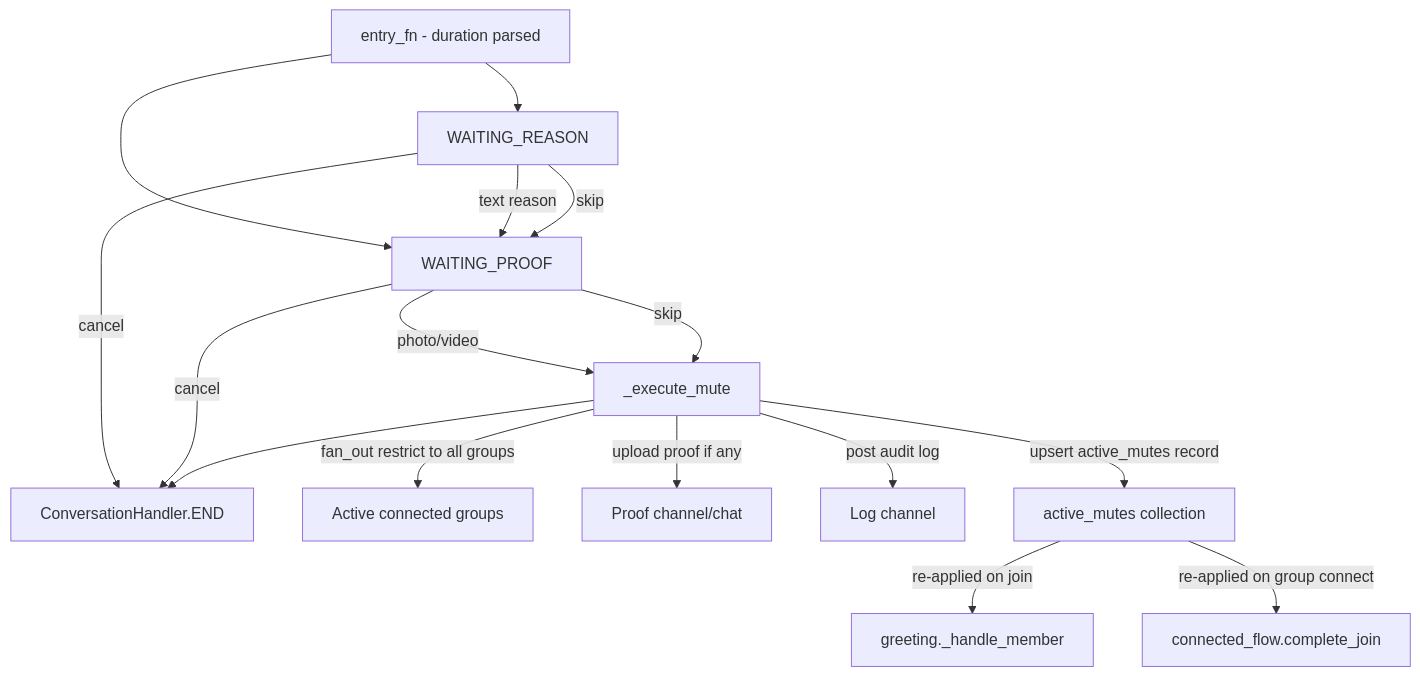
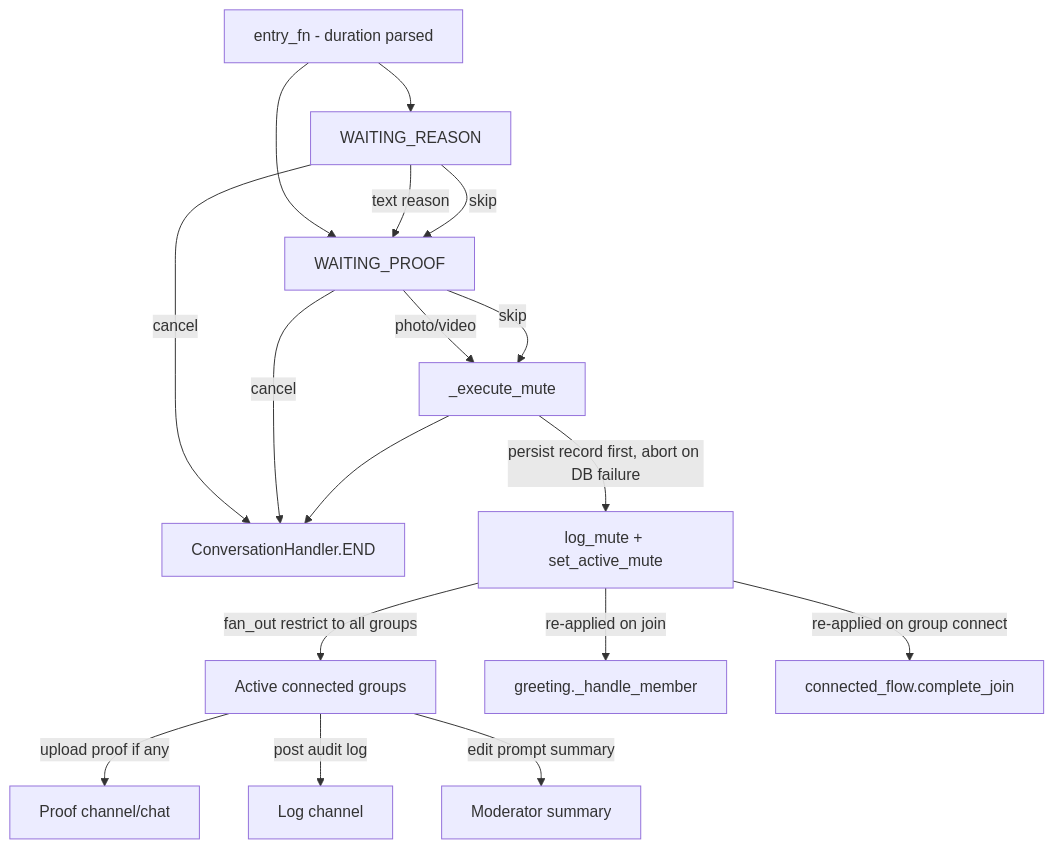
The third of 4 diagrams in docs/architecture/workflows.md (D1ZZY4/tgbot_tcf), drawn with Mermaid before and after one commit. The commit also changed other lines of this file and 6 other files, not shown here.

````diff
--- a/docs/architecture/workflows.md
+++ b/docs/architecture/workflows.md
@@ -143,18 +143,19 @@
 ```mermaid
 flowchart TD
     Entry[entry_fn - duration parsed] --> Reason[WAITING_REASON]
     Entry --> Proof[WAITING_PROOF]
     Reason -->|text reason| Proof
     Reason -->|skip| Proof
     Reason -->|cancel| End[ConversationHandler.END]
     Proof -->|photo/video| Exec[_execute_mute]
     Proof -->|skip| Exec
     Proof -->|cancel| End
-    Exec -->|fan_out restrict to all groups| Groups[Active connected groups]
-    Exec -->|upload proof if any| ProofChat[Proof channel/chat]
-    Exec -->|post audit log| LogChat[Log channel]
-    Exec -->|upsert active_mutes record| ActiveMutes[active_mutes collection]
-    ActiveMutes -->|re-applied on join| Join[greeting._handle_member]
-    ActiveMutes -->|re-applied on group connect| Connect[connected_flow.complete_join]
+    Exec -->|persist record first, abort on DB failure| Stored[log_mute + set_active_mute]
+    Stored -->|fan_out restrict to all groups| Groups[Active connected groups]
+    Groups -->|upload proof if any| ProofChat[Proof channel/chat]
+    Groups -->|post audit log| LogChat[Log channel]
+    Groups -->|edit prompt summary| Summary[Moderator summary]
+    Stored -->|re-applied on join| Join[greeting._handle_member]
+    Stored -->|re-applied on group connect| Connect[connected_flow.complete_join]
     Exec --> End
 ```
````
